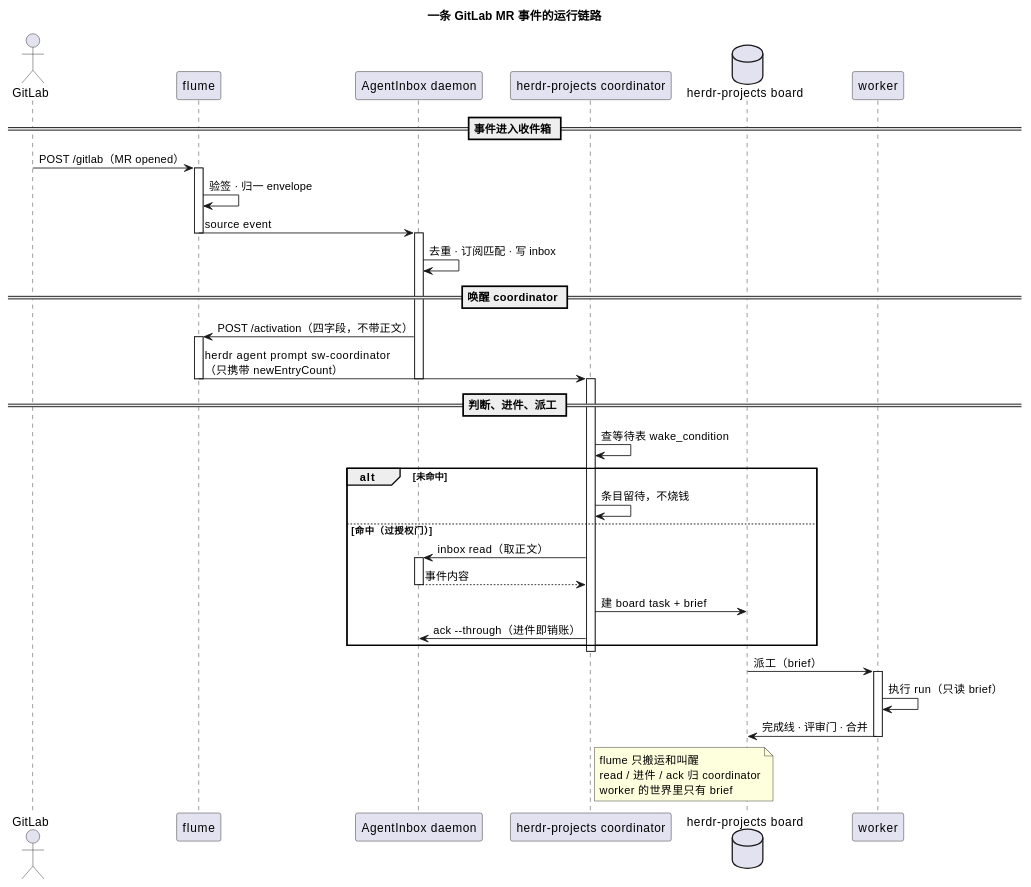
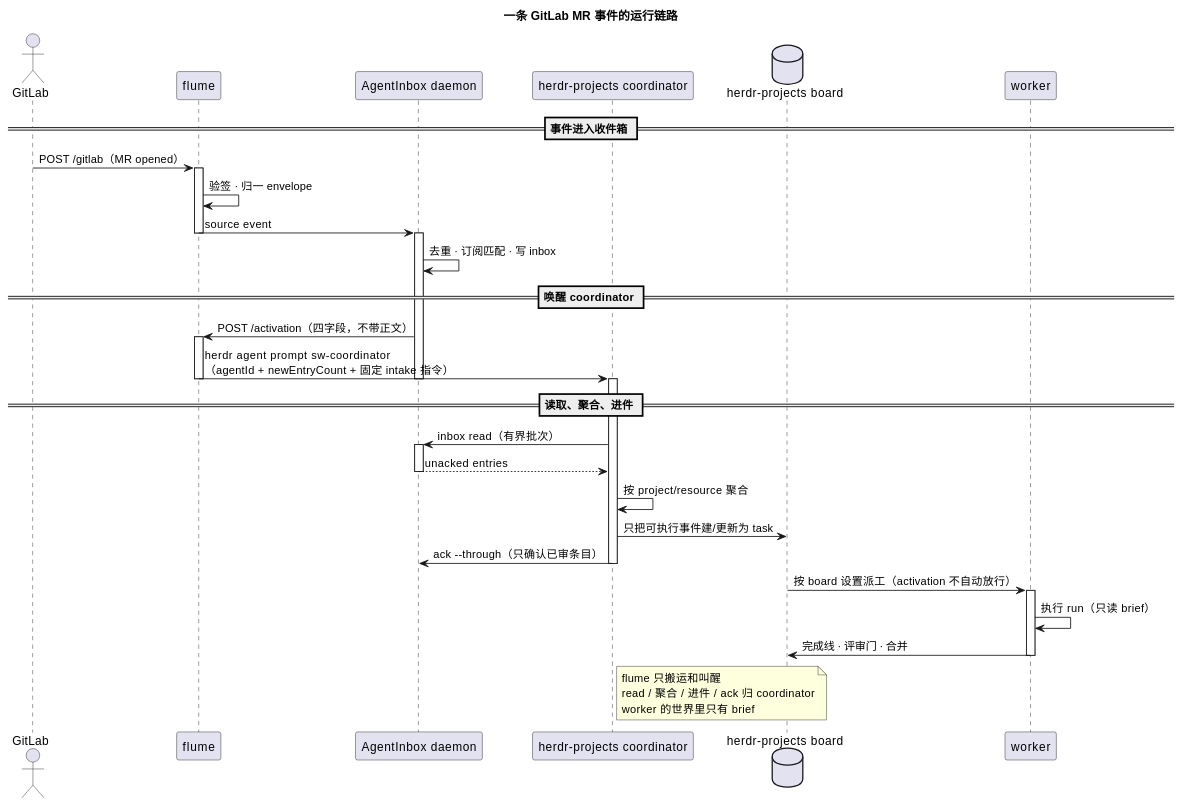
One commit to iodone/flume changed the diagram in README.md. Above: the diagram before and after it, drawn with PlantUML. The commit also changed other lines of this file and 6 other files, not shown here.

Commit message:
feat(wake): coordinator activation 触发 AgentInbox intake

````diff
--- a/README.md
+++ b/README.md
@@ -113,56 +122,52 @@
 ```plantuml
 @startuml
 title 一条 GitLab MR 事件的运行链路
 
 actor       "GitLab"                      as GL
 participant "flume"                       as FL
 participant "AgentInbox daemon"           as AI
 participant "herdr-projects coordinator"  as CO
 database    "herdr-projects board"        as BD
 participant "worker"                      as WK
 
 == 事件进入收件箱 ==
 GL -> FL : POST /gitlab（MR opened）
 activate FL
 FL -> FL : 验签 · 归一 envelope
 FL -> AI : source event
 deactivate FL
 activate AI
 AI -> AI : 去重 · 订阅匹配 · 写 inbox
 
 == 唤醒 coordinator ==
 AI -> FL : POST /activation（四字段，不带正文）
 activate FL
-FL -> CO : herdr agent prompt sw-coordinator\n（只携带 newEntryCount）
+FL -> CO : herdr agent prompt sw-coordinator\n（agentId + newEntryCount + 固定 intake 指令）
 deactivate FL
 deactivate AI
 
-== 判断、进件、派工 ==
+== 读取、聚合、进件 ==
 activate CO
-CO -> CO : 查等待表 wake_condition
-alt 未命中
-  CO -> CO : 条目留待，不烧钱
-else 命中（过授权门）
-  CO -> AI : inbox read（取正文）
-  activate AI
-  AI --> CO : 事件内容
-  deactivate AI
-  CO -> BD : 建 board task + brief
-  CO -> AI : ack --through（进件即销账）
-end
+CO -> AI : inbox read（有界批次）
+activate AI
+AI --> CO : unacked entries
+deactivate AI
+CO -> CO : 按 project/resource 聚合
+CO -> BD : 只把可执行事件建/更新为 task
+CO -> AI : ack --through（只确认已审条目）
 deactivate CO
 
-BD -> WK : 派工（brief）
+BD -> WK : 按 board 设置派工（activation 不自动放行）
 activate WK
 WK -> WK : 执行 run（只读 brief）
 WK -> BD : 完成线 · 评审门 · 合并
 deactivate WK
 
 note right of CO
   flume 只搬运和叫醒
-  read / 进件 / ack 归 coordinator
+  read / 聚合 / 进件 / ack 归 coordinator
   worker 的世界里只有 brief
 end note
 
 @enduml
 ```
````
